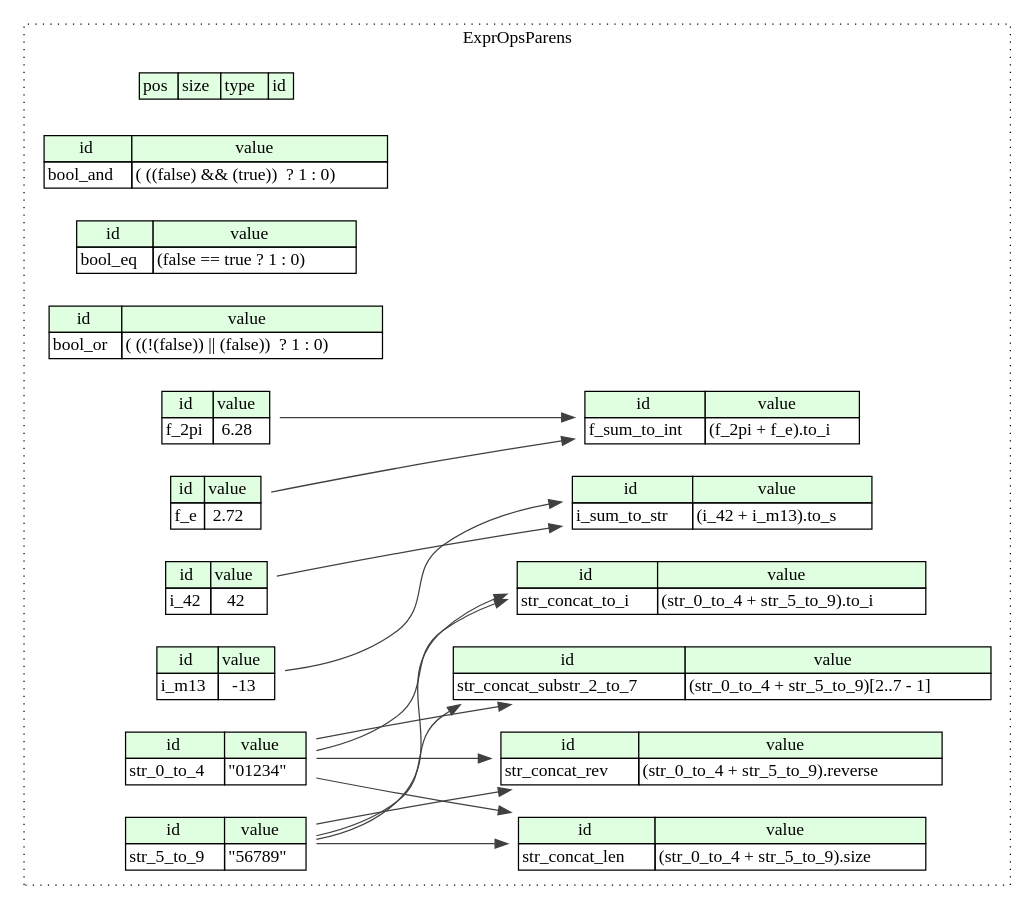
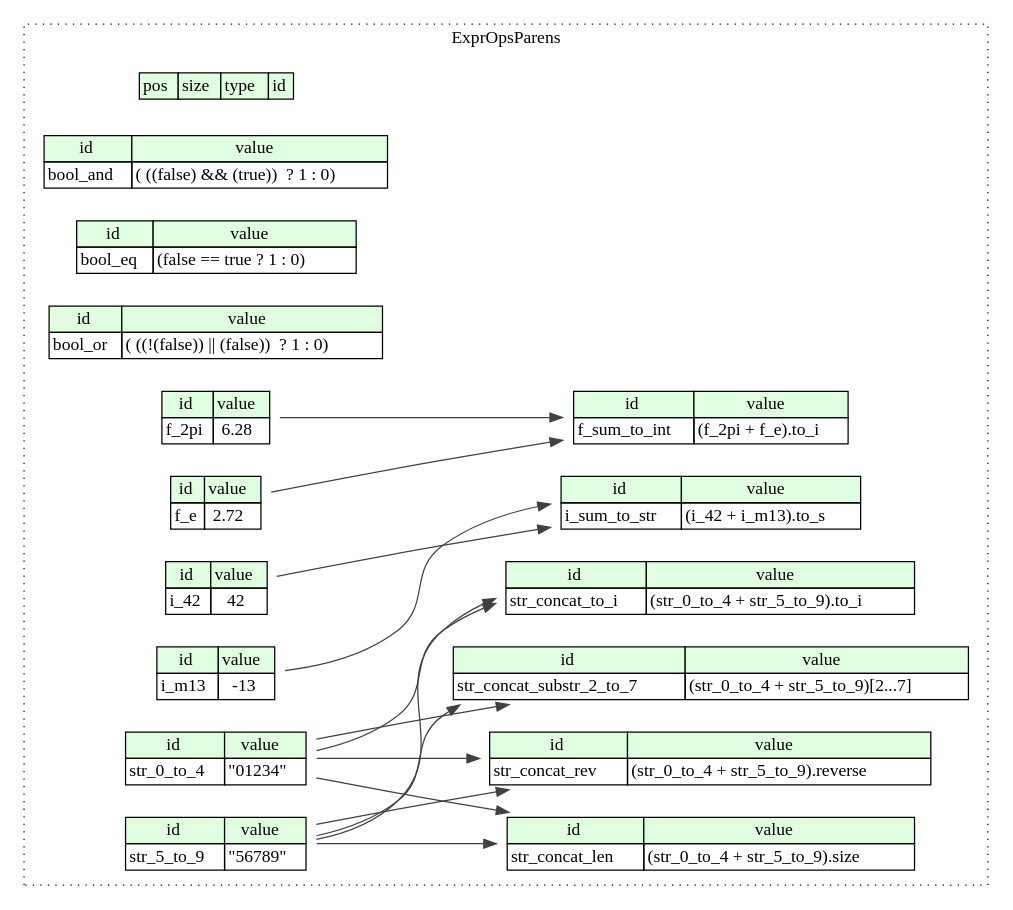
The diagram in compiled/graphviz/expr_ops_parens.dot (kaitai-io/ci_targets), drawn with Graphviz before and after one commit. The commit also changed 504 other files, not shown here.

```diff
--- a/compiled/graphviz/expr_ops_parens.dot
+++ b/compiled/graphviz/expr_ops_parens.dot
@@ -1,84 +1,84 @@
 digraph {
 	rankdir=LR;
 	node [shape=plaintext];
 	subgraph cluster__expr_ops_parens {
 		label="ExprOpsParens";
 		graph[style=dotted];
 
 		expr_ops_parens__seq [label=<<TABLE BORDER="0" CELLBORDER="1" CELLSPACING="0">
 			<TR><TD BGCOLOR="#E0FFE0">pos</TD><TD BGCOLOR="#E0FFE0">size</TD><TD BGCOLOR="#E0FFE0">type</TD><TD BGCOLOR="#E0FFE0">id</TD></TR>
 		</TABLE>>];
 		expr_ops_parens__inst__bool_and [label=<<TABLE BORDER="0" CELLBORDER="1" CELLSPACING="0">
 			<TR><TD BGCOLOR="#E0FFE0">id</TD><TD BGCOLOR="#E0FFE0">value</TD></TR>
 			<TR><TD>bool_and</TD><TD>( ((false) &amp;&amp; (true))  ? 1 : 0)</TD></TR>
 		</TABLE>>];
 		expr_ops_parens__inst__bool_eq [label=<<TABLE BORDER="0" CELLBORDER="1" CELLSPACING="0">
 			<TR><TD BGCOLOR="#E0FFE0">id</TD><TD BGCOLOR="#E0FFE0">value</TD></TR>
 			<TR><TD>bool_eq</TD><TD>(false == true ? 1 : 0)</TD></TR>
 		</TABLE>>];
 		expr_ops_parens__inst__bool_or [label=<<TABLE BORDER="0" CELLBORDER="1" CELLSPACING="0">
 			<TR><TD BGCOLOR="#E0FFE0">id</TD><TD BGCOLOR="#E0FFE0">value</TD></TR>
 			<TR><TD>bool_or</TD><TD>( ((!(false)) || (false))  ? 1 : 0)</TD></TR>
 		</TABLE>>];
 		expr_ops_parens__inst__f_2pi [label=<<TABLE BORDER="0" CELLBORDER="1" CELLSPACING="0">
 			<TR><TD BGCOLOR="#E0FFE0">id</TD><TD BGCOLOR="#E0FFE0">value</TD></TR>
 			<TR><TD>f_2pi</TD><TD>6.28</TD></TR>
 		</TABLE>>];
 		expr_ops_parens__inst__f_e [label=<<TABLE BORDER="0" CELLBORDER="1" CELLSPACING="0">
 			<TR><TD BGCOLOR="#E0FFE0">id</TD><TD BGCOLOR="#E0FFE0">value</TD></TR>
 			<TR><TD>f_e</TD><TD>2.72</TD></TR>
 		</TABLE>>];
 		expr_ops_parens__inst__f_sum_to_int [label=<<TABLE BORDER="0" CELLBORDER="1" CELLSPACING="0">
 			<TR><TD BGCOLOR="#E0FFE0">id</TD><TD BGCOLOR="#E0FFE0">value</TD></TR>
 			<TR><TD>f_sum_to_int</TD><TD>(f_2pi + f_e).to_i</TD></TR>
 		</TABLE>>];
 		expr_ops_parens__inst__i_42 [label=<<TABLE BORDER="0" CELLBORDER="1" CELLSPACING="0">
 			<TR><TD BGCOLOR="#E0FFE0">id</TD><TD BGCOLOR="#E0FFE0">value</TD></TR>
 			<TR><TD>i_42</TD><TD>42</TD></TR>
 		</TABLE>>];
 		expr_ops_parens__inst__i_m13 [label=<<TABLE BORDER="0" CELLBORDER="1" CELLSPACING="0">
 			<TR><TD BGCOLOR="#E0FFE0">id</TD><TD BGCOLOR="#E0FFE0">value</TD></TR>
 			<TR><TD>i_m13</TD><TD>-13</TD></TR>
 		</TABLE>>];
 		expr_ops_parens__inst__i_sum_to_str [label=<<TABLE BORDER="0" CELLBORDER="1" CELLSPACING="0">
 			<TR><TD BGCOLOR="#E0FFE0">id</TD><TD BGCOLOR="#E0FFE0">value</TD></TR>
 			<TR><TD>i_sum_to_str</TD><TD>(i_42 + i_m13).to_s</TD></TR>
 		</TABLE>>];
 		expr_ops_parens__inst__str_0_to_4 [label=<<TABLE BORDER="0" CELLBORDER="1" CELLSPACING="0">
 			<TR><TD BGCOLOR="#E0FFE0">id</TD><TD BGCOLOR="#E0FFE0">value</TD></TR>
 			<TR><TD>str_0_to_4</TD><TD>&quot;01234&quot;</TD></TR>
 		</TABLE>>];
 		expr_ops_parens__inst__str_5_to_9 [label=<<TABLE BORDER="0" CELLBORDER="1" CELLSPACING="0">
 			<TR><TD BGCOLOR="#E0FFE0">id</TD><TD BGCOLOR="#E0FFE0">value</TD></TR>
 			<TR><TD>str_5_to_9</TD><TD>&quot;56789&quot;</TD></TR>
 		</TABLE>>];
 		expr_ops_parens__inst__str_concat_len [label=<<TABLE BORDER="0" CELLBORDER="1" CELLSPACING="0">
 			<TR><TD BGCOLOR="#E0FFE0">id</TD><TD BGCOLOR="#E0FFE0">value</TD></TR>
 			<TR><TD>str_concat_len</TD><TD>(str_0_to_4 + str_5_to_9).size</TD></TR>
 		</TABLE>>];
 		expr_ops_parens__inst__str_concat_rev [label=<<TABLE BORDER="0" CELLBORDER="1" CELLSPACING="0">
 			<TR><TD BGCOLOR="#E0FFE0">id</TD><TD BGCOLOR="#E0FFE0">value</TD></TR>
 			<TR><TD>str_concat_rev</TD><TD>(str_0_to_4 + str_5_to_9).reverse</TD></TR>
 		</TABLE>>];
 		expr_ops_parens__inst__str_concat_substr_2_to_7 [label=<<TABLE BORDER="0" CELLBORDER="1" CELLSPACING="0">
 			<TR><TD BGCOLOR="#E0FFE0">id</TD><TD BGCOLOR="#E0FFE0">value</TD></TR>
-			<TR><TD>str_concat_substr_2_to_7</TD><TD>(str_0_to_4 + str_5_to_9)[2..7 - 1]</TD></TR>
+			<TR><TD>str_concat_substr_2_to_7</TD><TD>(str_0_to_4 + str_5_to_9)[2...7]</TD></TR>
 		</TABLE>>];
 		expr_ops_parens__inst__str_concat_to_i [label=<<TABLE BORDER="0" CELLBORDER="1" CELLSPACING="0">
 			<TR><TD BGCOLOR="#E0FFE0">id</TD><TD BGCOLOR="#E0FFE0">value</TD></TR>
 			<TR><TD>str_concat_to_i</TD><TD>(str_0_to_4 + str_5_to_9).to_i</TD></TR>
 		</TABLE>>];
 	}
 	expr_ops_parens__inst__f_2pi:f_2pi_type -> expr_ops_parens__inst__f_sum_to_int [color="#404040"];
 	expr_ops_parens__inst__f_e:f_e_type -> expr_ops_parens__inst__f_sum_to_int [color="#404040"];
 	expr_ops_parens__inst__i_42:i_42_type -> expr_ops_parens__inst__i_sum_to_str [color="#404040"];
 	expr_ops_parens__inst__i_m13:i_m13_type -> expr_ops_parens__inst__i_sum_to_str [color="#404040"];
 	expr_ops_parens__inst__str_0_to_4:str_0_to_4_type -> expr_ops_parens__inst__str_concat_len [color="#404040"];
 	expr_ops_parens__inst__str_5_to_9:str_5_to_9_type -> expr_ops_parens__inst__str_concat_len [color="#404040"];
 	expr_ops_parens__inst__str_0_to_4:str_0_to_4_type -> expr_ops_parens__inst__str_concat_rev [color="#404040"];
 	expr_ops_parens__inst__str_5_to_9:str_5_to_9_type -> expr_ops_parens__inst__str_concat_rev [color="#404040"];
 	expr_ops_parens__inst__str_0_to_4:str_0_to_4_type -> expr_ops_parens__inst__str_concat_substr_2_to_7 [color="#404040"];
 	expr_ops_parens__inst__str_5_to_9:str_5_to_9_type -> expr_ops_parens__inst__str_concat_substr_2_to_7 [color="#404040"];
 	expr_ops_parens__inst__str_0_to_4:str_0_to_4_type -> expr_ops_parens__inst__str_concat_to_i [color="#404040"];
 	expr_ops_parens__inst__str_5_to_9:str_5_to_9_type -> expr_ops_parens__inst__str_concat_to_i [color="#404040"];
 }
```
